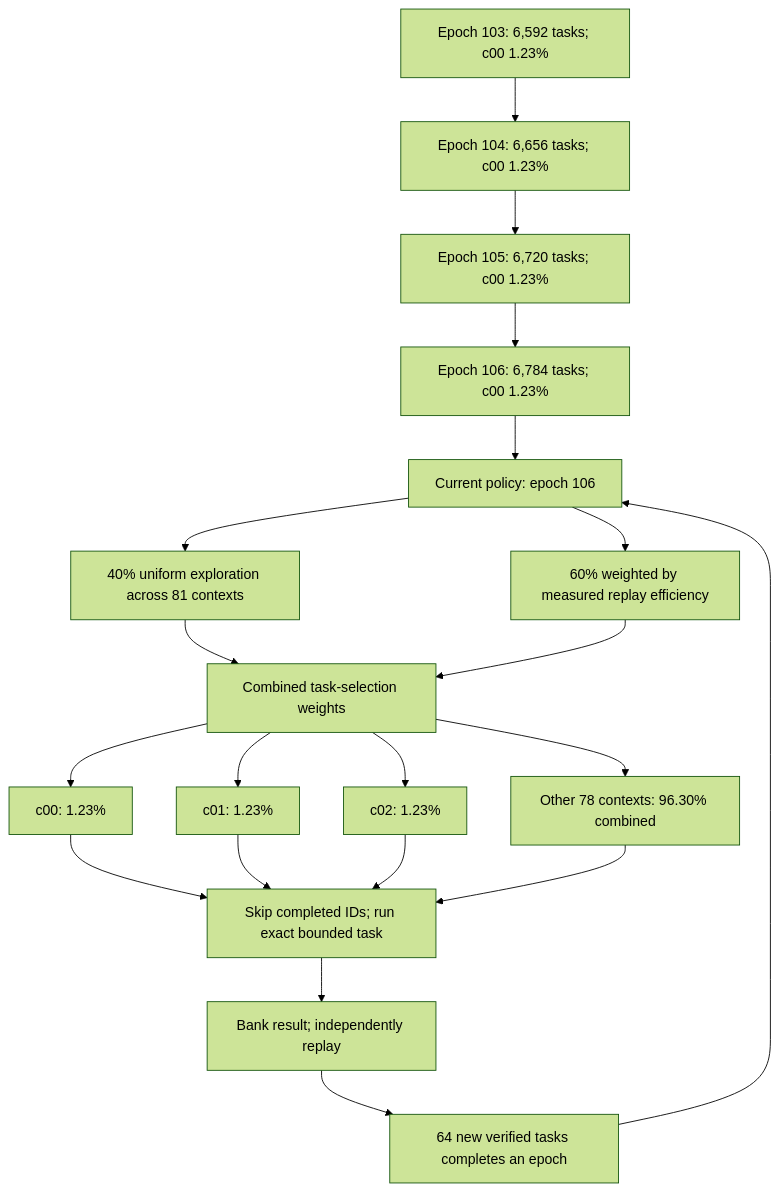
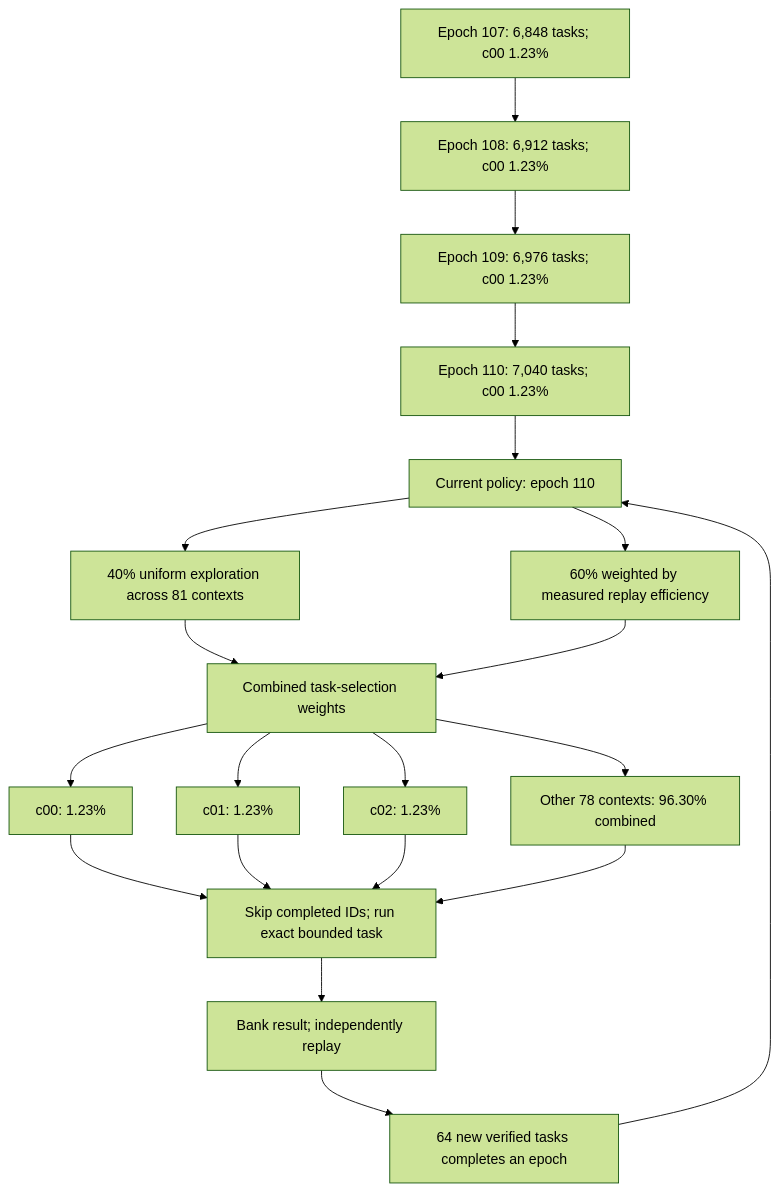
Before and after one commit to Kuberwastaken/math-gambling: the diagram in README.md, drawn with Mermaid (forest theme). The commit also changed other lines of this file and 596 other files, not shown here.

````diff
--- a/README.md
+++ b/README.md
@@ -48,27 +48,27 @@
 ```mermaid
 flowchart TD
-    H0["Epoch 103: 6,592 tasks; c00 1.23%"]
-    H1["Epoch 104: 6,656 tasks; c00 1.23%"]
+    H0["Epoch 107: 6,848 tasks; c00 1.23%"]
+    H1["Epoch 108: 6,912 tasks; c00 1.23%"]
     H0 --> H1
-    H2["Epoch 105: 6,720 tasks; c00 1.23%"]
+    H2["Epoch 109: 6,976 tasks; c00 1.23%"]
     H1 --> H2
-    H3["Epoch 106: 6,784 tasks; c00 1.23%"]
+    H3["Epoch 110: 7,040 tasks; c00 1.23%"]
     H2 --> H3
-    Policy["Current policy: epoch 106"]
+    Policy["Current policy: epoch 110"]
     H3 --> Policy
     Policy --> Explore["40% uniform exploration across 81 contexts"]
     Policy --> Cost["60% weighted by measured replay efficiency"]
     Explore --> Mix["Combined task-selection weights"]
     Cost --> Mix
     Mix --> C0["c00: 1.23%"]
     Mix --> C1["c01: 1.23%"]
     Mix --> C2["c02: 1.23%"]
     Mix --> Rest["Other 78 contexts: 96.30% combined"]
     C0 --> Check["Skip completed IDs; run exact bounded task"]
     C1 --> Check
     C2 --> Check
     Rest --> Check
     Check --> Replay["Bank result; independently replay"]
     Replay --> Gate["64 new verified tasks completes an epoch"]
     Gate --> Policy
 ```
````
